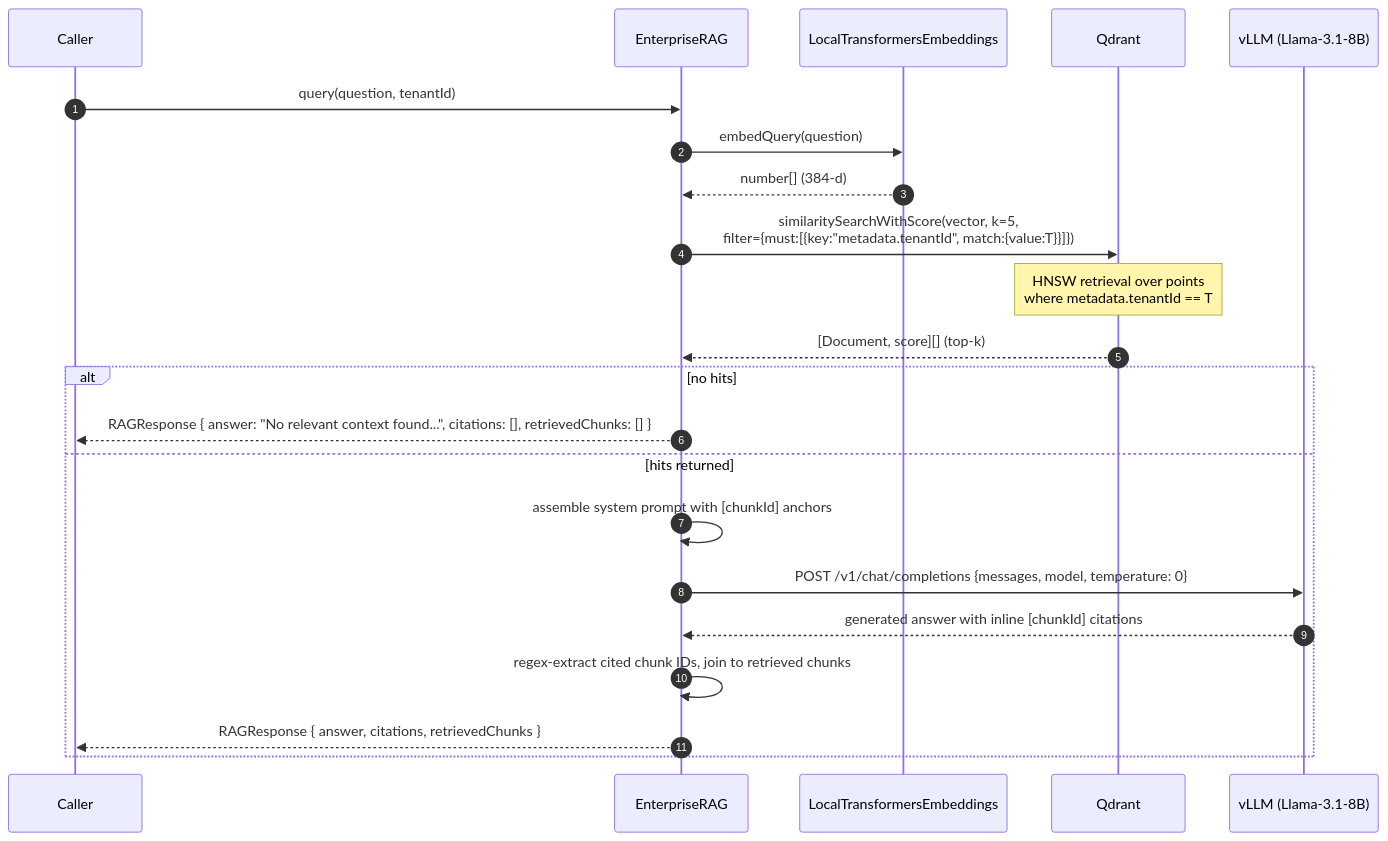
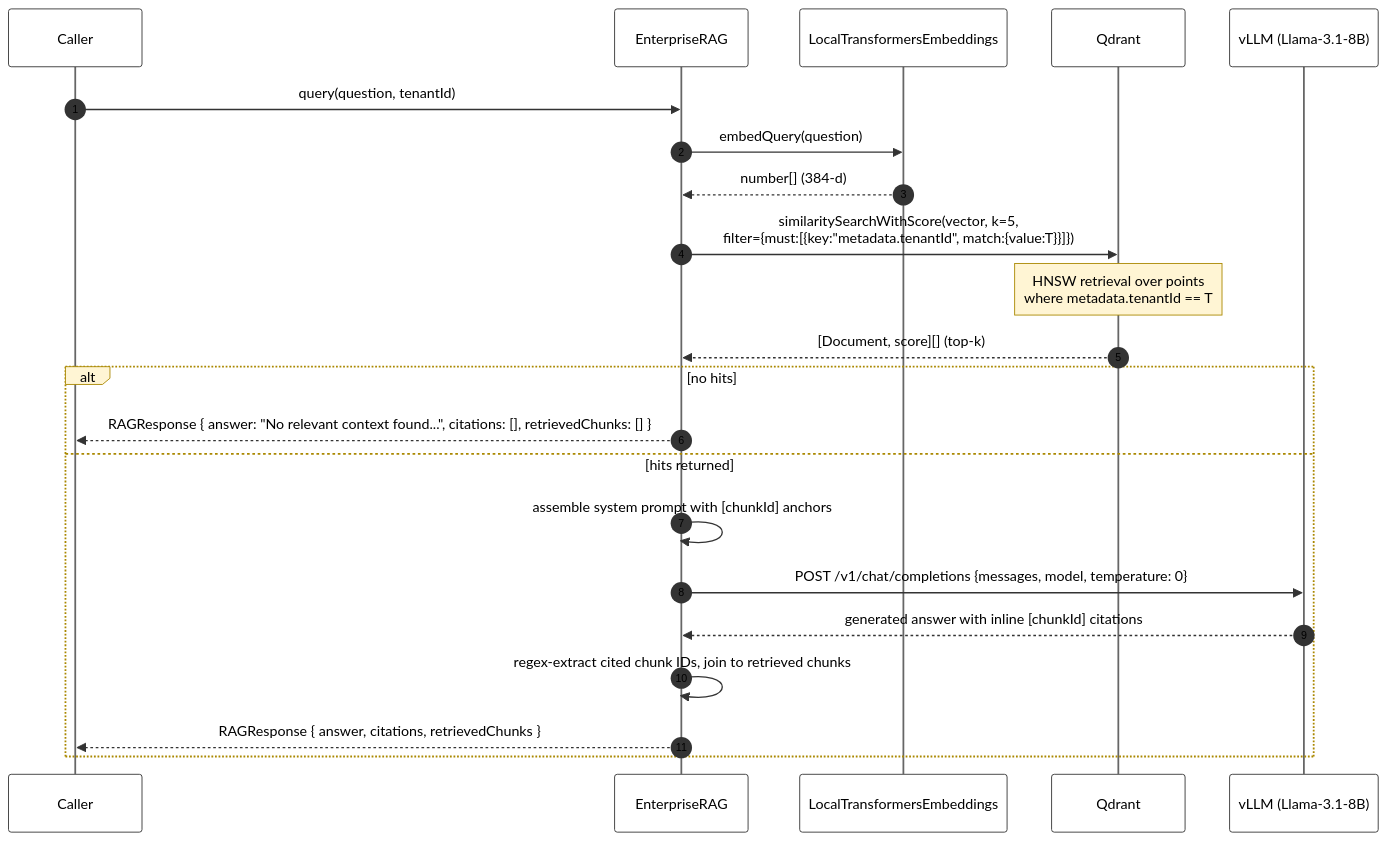
One commit to teleoric/rag-poc changed the third of 6 diagrams in docs/architecture.md. Above: the diagram before and after it, drawn with Mermaid. The commit also changed other lines of this file and 2 other files, not shown here.

First line of the commit message:
Force readable text on Mermaid diagrams under GitHub dark mode

````diff
--- a/docs/architecture.md
+++ b/docs/architecture.md
@@ -101,25 +103,26 @@
 ```mermaid
+%%{init: {'theme':'base','themeVariables':{'primaryColor':'#ffffff','primaryTextColor':'#000000','primaryBorderColor':'#333333','lineColor':'#333333','textColor':'#000000','actorBkg':'#ffffff','actorBorder':'#333333','actorTextColor':'#000000','actorLineColor':'#666666','signalColor':'#333333','signalTextColor':'#000000','labelBoxBkgColor':'#fff5d4','labelBoxBorderColor':'#aa8800','labelTextColor':'#000000','loopTextColor':'#000000','noteBkgColor':'#fff5d4','noteBorderColor':'#aa8800','noteTextColor':'#000000','sequenceNumberColor':'#000000'}}}%%
 sequenceDiagram
     autonumber
     participant App as Caller
     participant RAG as EnterpriseRAG
     participant EMB as LocalTransformersEmbeddings
     participant QDR as Qdrant
     participant VLLM as vLLM (Llama-3.1-8B)
 
     App->>RAG: query(question, tenantId)
     RAG->>EMB: embedQuery(question)
     EMB-->>RAG: number[] (384-d)
     RAG->>QDR: similaritySearchWithScore(vector, k=5,<br/>filter={must:[{key:"metadata.tenantId", match:{value:T}}]})
     Note over QDR: HNSW retrieval over points<br/>where metadata.tenantId == T
     QDR-->>RAG: [Document, score][] (top-k)
     alt no hits
         RAG-->>App: RAGResponse { answer: "No relevant context found...", citations: [], retrievedChunks: [] }
     else hits returned
         RAG->>RAG: assemble system prompt with [chunkId] anchors
         RAG->>VLLM: POST /v1/chat/completions {messages, model, temperature: 0}
         VLLM-->>RAG: generated answer with inline [chunkId] citations
         RAG->>RAG: regex-extract cited chunk IDs, join to retrieved chunks
         RAG-->>App: RAGResponse { answer, citations, retrievedChunks }
     end
 ```
````
